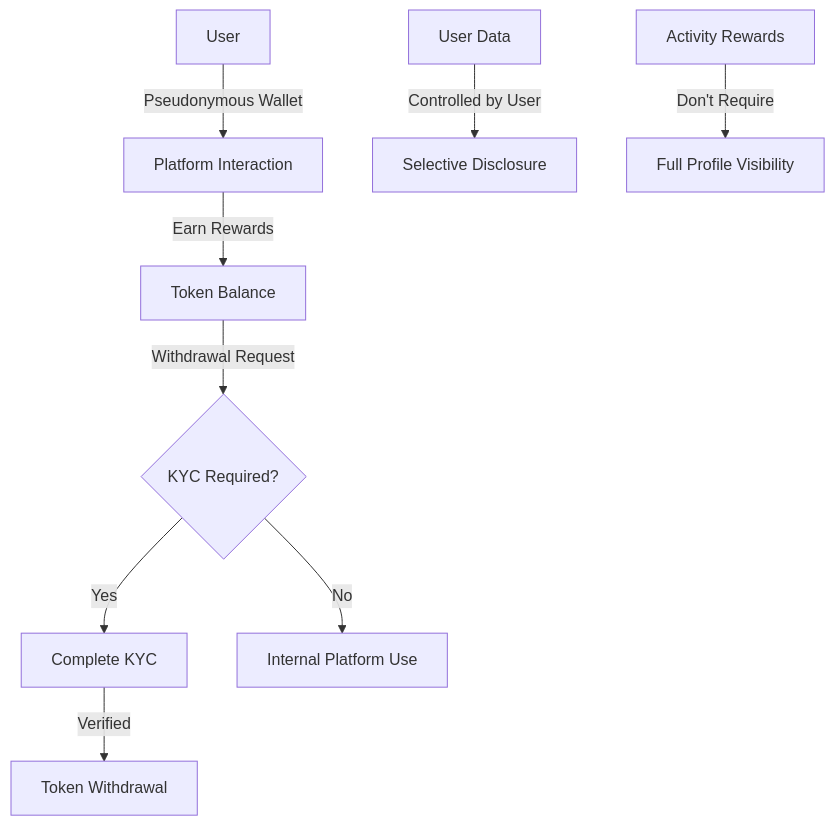
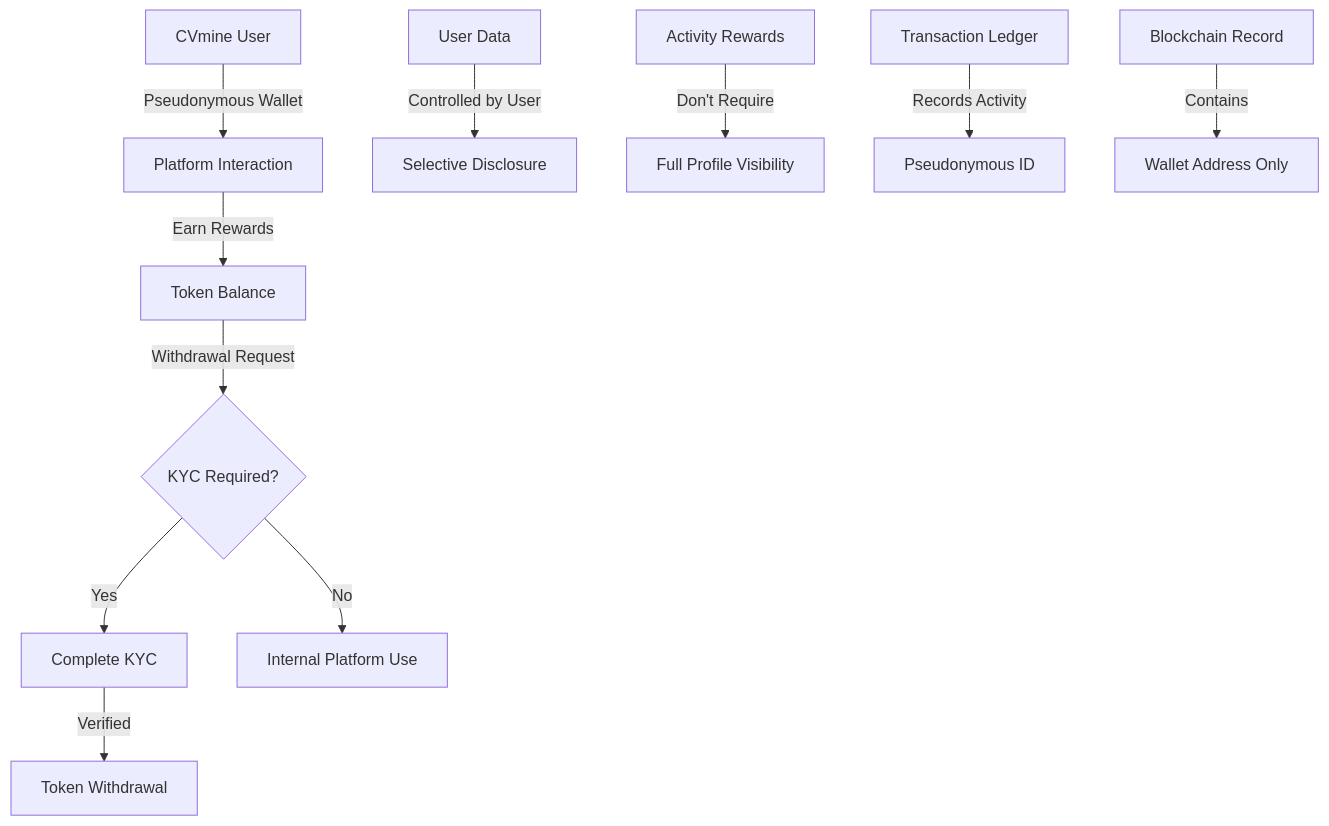
Diagram 14 of 17 in whitepaper.md (karthikhosur/italtoken), drawn with Mermaid before and after one commit. The commit also changed other lines of this file, not shown here.

````diff
--- a/whitepaper.md
+++ b/whitepaper.md
@@ -467,12 +558,15 @@
 ```mermaid
 graph TD
-    A[User] -->|Pseudonymous Wallet| B[Platform Interaction]
+    A[CVmine User] -->|Pseudonymous Wallet| B[Platform Interaction]
     B -->|Earn Rewards| C[Token Balance]
     C -->|Withdrawal Request| D{KYC Required?}
     D -->|Yes| E[Complete KYC]
     D -->|No| F[Internal Platform Use]
     E -->|Verified| G[Token Withdrawal]
     
     H[User Data] -->|Controlled by User| I[Selective Disclosure]
     J[Activity Rewards] -->|Don't Require| K[Full Profile Visibility]
+    
+    L[Transaction Ledger] -->|Records Activity| M[Pseudonymous ID]
+    N[Blockchain Record] -->|Contains| O[Wallet Address Only]
 ```
````
